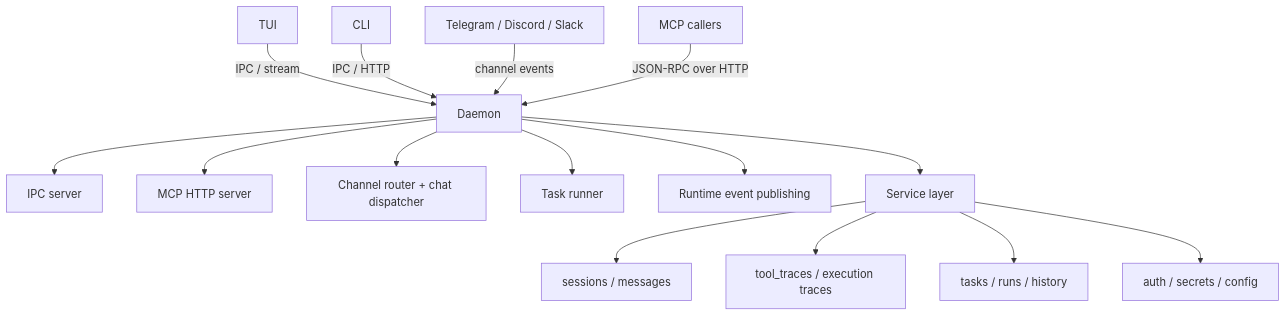
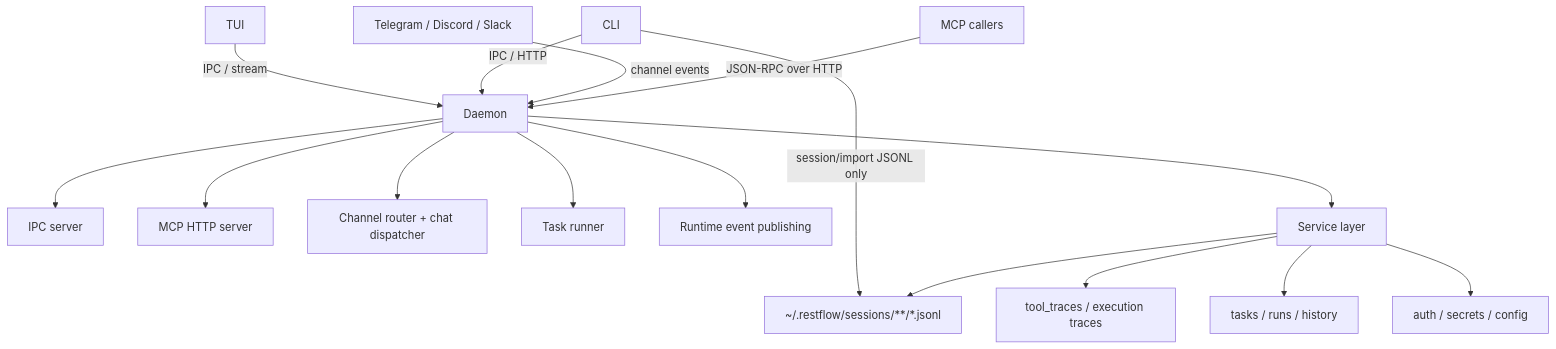
One commit to lhwzds/restflow changed the first of 4 diagrams in SYSTEM_ARCHITECTURE.md. Above: the diagram before and after it, drawn with Mermaid. The commit also changed other lines of this file and 72 other files, not shown here.

````diff
--- a/SYSTEM_ARCHITECTURE.md
+++ b/SYSTEM_ARCHITECTURE.md
@@ -32,19 +35,20 @@
 ```mermaid
 flowchart TD
     TUI["TUI"] -->|"IPC / stream"| Daemon["Daemon"]
     CLI["CLI"] -->|"IPC / HTTP"| Daemon
     Channels["Telegram / Discord / Slack"] -->|"channel events"| Daemon
     McpCallers["MCP callers"] -->|"JSON-RPC over HTTP"| Daemon
 
     Daemon --> Ipc["IPC server"]
     Daemon --> Mcp["MCP HTTP server"]
     Daemon --> Router["Channel router + chat dispatcher"]
     Daemon --> Runner["Task runner"]
     Daemon --> Runtime["Runtime event publishing"]
     Daemon --> Services["Service layer"]
+    CLI -->|"session/import JSONL only"| SessionFiles["~/.restflow/sessions/**/*.jsonl"]
 
-    Services --> Sessions["sessions / messages"]
+    Services --> SessionFiles
     Services --> Traces["tool_traces / execution traces"]
     Services --> Tasks["tasks / runs / history"]
     Services --> Secrets["auth / secrets / config"]
 ```
````
